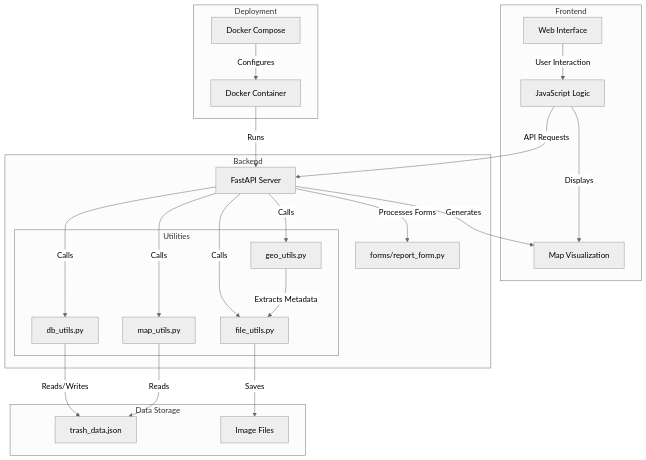
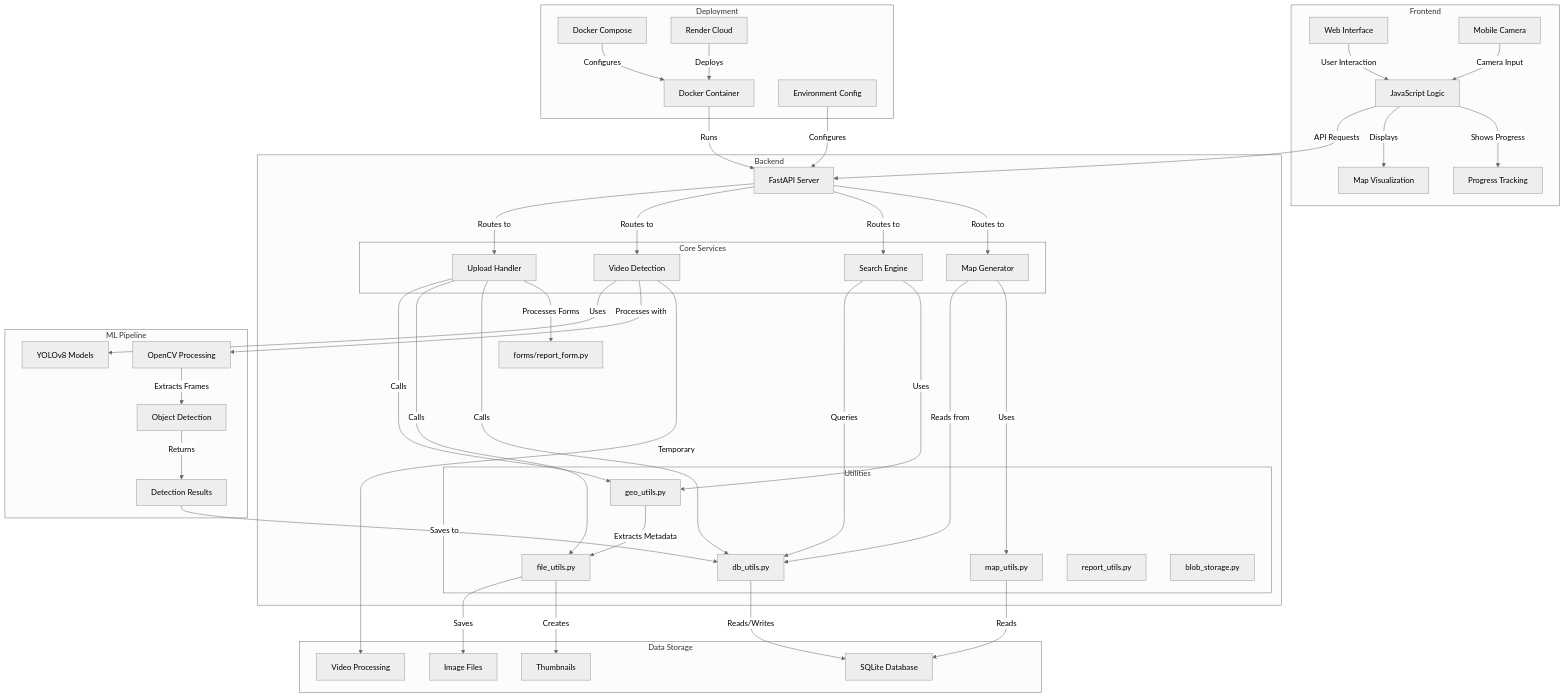
Before and after one commit to gcmdellatorre/TrashCollectionProject: the diagram in architecture.md, drawn with Mermaid (neutral theme). The commit also changed other lines of this file and 1 other file, not shown here.

````diff
--- a/architecture.md
+++ b/architecture.md
@@ -14,49 +52,91 @@
         UI[Web Interface]
         JS[JavaScript Logic]
         MAP[Map Visualization]
+        PROGRESS[Progress Tracking]
+        MOBILE[Mobile Camera]
     end
 
     %% Server Side
     subgraph "Backend"
         API[FastAPI Server]
+        subgraph "Core Services"
+            UPLOAD[Upload Handler]
+            VIDEO[Video Detection]
+            SEARCH[Search Engine]
+            MAP_GEN[Map Generator]
+        end
         subgraph "Utilities"
             GEO[geo_utils.py]
             FILE[file_utils.py]
             DB[db_utils.py]
             MAP_UTIL[map_utils.py]
+            REPORT[report_utils.py]
+            BLOB[blob_storage.py]
         end
         FORMS[forms/report_form.py]
     end
 
+    %% ML Pipeline
+    subgraph "ML Pipeline"
+        YOLO[YOLOv8 Models]
+        CV[OpenCV Processing]
+        DETECT[Object Detection]
+        RESULTS[Detection Results]
+    end
+
     %% Storage
     subgraph "Data Storage"
-        JSON[trash_data.json]
+        SQLITE[SQLite Database]
         IMAGES[Image Files]
+        VIDEOS[Video Processing]
+        THUMBNAILS[Thumbnails]
     end
 
     %% Deployment
     subgraph "Deployment"
         DOCKER[Docker Container]
         COMPOSE[Docker Compose]
+        RENDER[Render Cloud]
+        ENV[Environment Config]
     end
 
     %% Connections & Data Flow
     UI -->|User Interaction| JS
     JS -->|API Requests| API
     JS -->|Displays| MAP
+    JS -->|Shows Progress| PROGRESS
+    MOBILE -->|Camera Input| JS
     
-    API -->|Generates| MAP
-    API -->|Calls| GEO
-    API -->|Calls| FILE
-    API -->|Calls| DB
-    API -->|Calls| MAP_UTIL
-    API -->|Processes Forms| FORMS
+    API -->|Routes to| UPLOAD
+    API -->|Routes to| VIDEO
+    API -->|Routes to| SEARCH
+    API -->|Routes to| MAP_GEN
+    
+    UPLOAD -->|Calls| GEO
+    UPLOAD -->|Calls| FILE
+    UPLOAD -->|Calls| DB
+    UPLOAD -->|Processes Forms| FORMS
+    
+    VIDEO -->|Uses| YOLO
+    VIDEO -->|Processes with| CV
+    CV -->|Extracts Frames| DETECT
+    DETECT -->|Returns| RESULTS
+    RESULTS -->|Saves to| DB
+    
+    SEARCH -->|Queries| DB
+    SEARCH -->|Uses| GEO
+    MAP_GEN -->|Reads from| DB
+    MAP_GEN -->|Uses| MAP_UTIL
     
     GEO -->|Extracts Metadata| FILE
-    DB -->|Reads/Writes| JSON
+    DB -->|Reads/Writes| SQLITE
     FILE -->|Saves| IMAGES
-    MAP_UTIL -->|Reads| JSON
+    FILE -->|Creates| THUMBNAILS
+    VIDEO -->|Temporary| VIDEOS
+    MAP_UTIL -->|Reads| SQLITE
     
     DOCKER -->|Runs| API
     COMPOSE -->|Configures| DOCKER
+    RENDER -->|Deploys| DOCKER
+    ENV -->|Configures| API
 ```
````
